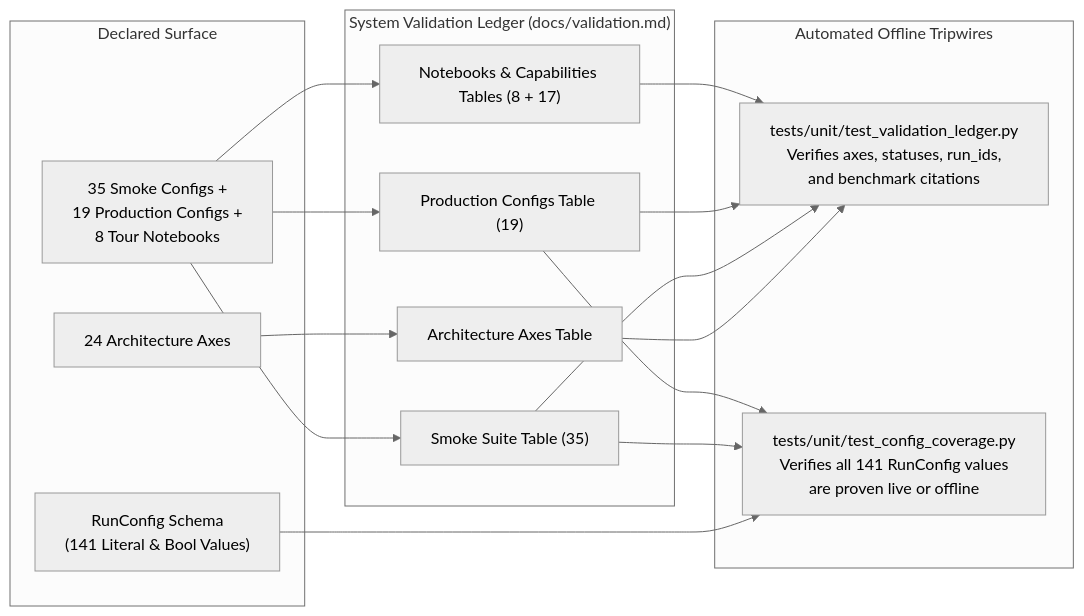
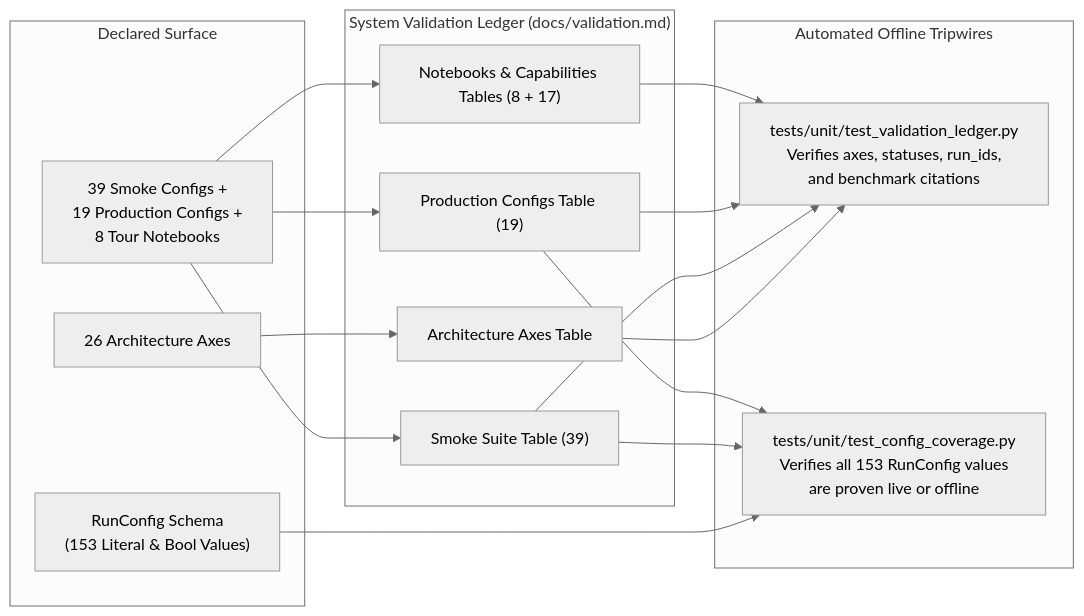
One commit to statmike/scale-forecasting changed the diagram in docs/validation.md. Above: the diagram before and after it, drawn with Mermaid (neutral theme). The commit also changed other lines of this file and 69 other files, not shown here.

````diff
--- a/docs/validation.md
+++ b/docs/validation.md
@@ -7,25 +7,25 @@
 ```mermaid
 flowchart LR
     subgraph Surface["Declared Surface"]
-        Axes["24 Architecture Axes"]
-        RunCfg["RunConfig Schema\n(141 Literal & Bool Values)"]
-        Configs["35 Smoke Configs +\n19 Production Configs +\n8 Tour Notebooks"]
+        Axes["26 Architecture Axes"]
+        RunCfg["RunConfig Schema\n(153 Literal & Bool Values)"]
+        Configs["39 Smoke Configs +\n19 Production Configs +\n8 Tour Notebooks"]
     end
 
     subgraph Ledger["System Validation Ledger (docs/validation.md)"]
         T1["Architecture Axes Table"]
-        T2["Smoke Suite Table (35)"]
+        T2["Smoke Suite Table (39)"]
         T3["Production Configs Table (19)"]
         T4["Notebooks & Capabilities Tables (8 + 17)"]
     end
 
     subgraph Gates["Automated Offline Tripwires"]
         VTest["tests/unit/test_validation_ledger.py\nVerifies axes, statuses, run_ids,\nand benchmark citations"]
-        CTest["tests/unit/test_config_coverage.py\nVerifies all 141 RunConfig values\nare proven live or offline"]
+        CTest["tests/unit/test_config_coverage.py\nVerifies all 153 RunConfig values\nare proven live or offline"]
     end
 
     Axes --> T1
     Configs --> T2 & T3 & T4
     T1 & T2 & T3 & T4 --> VTest
     RunCfg & T2 & T3 --> CTest
 ```
````
